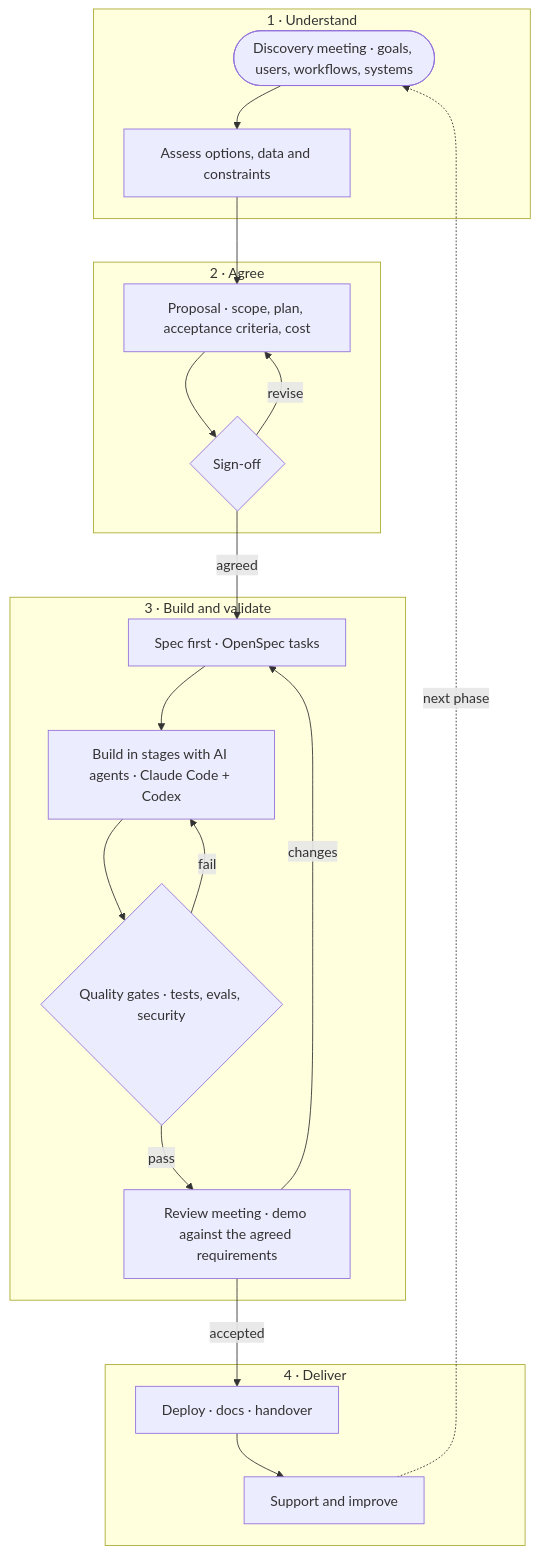
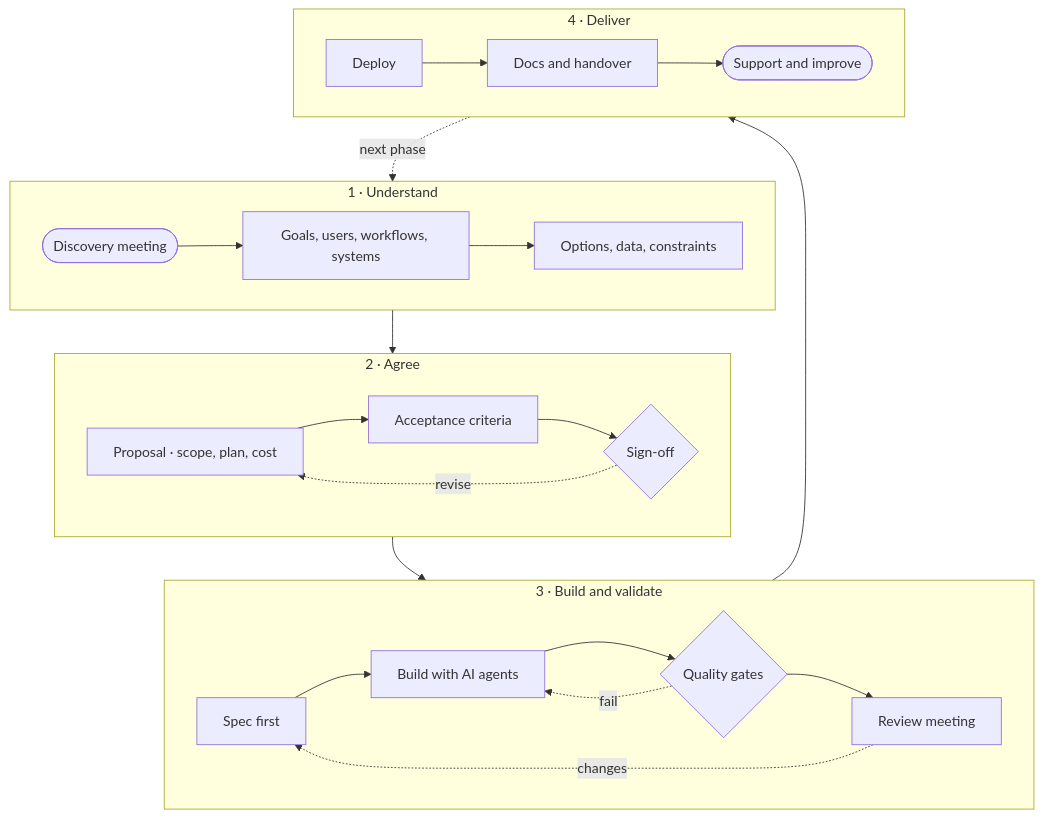
The diagram in README.md (zaiddiab/zaiddiab), drawn with Mermaid before and after one commit. The commit also changed other lines of this file, not shown here.

Commit message:
README: compact four-phase How I work diagram

````diff
--- a/README.md
+++ b/README.md
@@ -30,24 +30,24 @@
 ```mermaid
 flowchart TD
     subgraph U["1 · Understand"]
-        M(["Discovery meeting · goals, users, workflows, systems"]) --> A["Assess options, data and constraints"]
+        direction LR
+        M(["Discovery meeting"]) --> A["Goals, users, workflows, systems"] --> C["Options, data, constraints"]
     end
     subgraph G["2 · Agree"]
-        P["Proposal · scope, plan, acceptance criteria, cost"] --> OK{"Sign-off"}
+        direction LR
+        P["Proposal · scope, plan, cost"] --> AC["Acceptance criteria"] --> OK{"Sign-off"}
+        OK -.->|revise| P
     end
     subgraph B["3 · Build and validate"]
-        S["Spec first · OpenSpec tasks"] --> X["Build in stages with AI agents · Claude Code + Codex"]
-        X --> Q{"Quality gates · tests, evals, security"}
-        Q -->|fail| X
-        Q -->|pass| R["Review meeting · demo against the agreed requirements"]
-        R -->|changes| S
+        direction LR
+        S["Spec first"] --> X["Build with AI agents"] --> Q{"Quality gates"} --> R["Review meeting"]
+        Q -.->|fail| X
+        R -.->|changes| S
     end
     subgraph D["4 · Deliver"]
-        H["Deploy · docs · handover"] --> O["Support and improve"]
+        direction LR
+        H["Deploy"] --> DOC["Docs and handover"] --> O(["Support and improve"])
     end
-    A --> P
-    OK -->|revise| P
-    OK -->|agreed| S
-    R -->|accepted| H
-    O -.->|next phase| M
+    U --> G --> B --> D
+    D -.->|next phase| U
 ```
````
